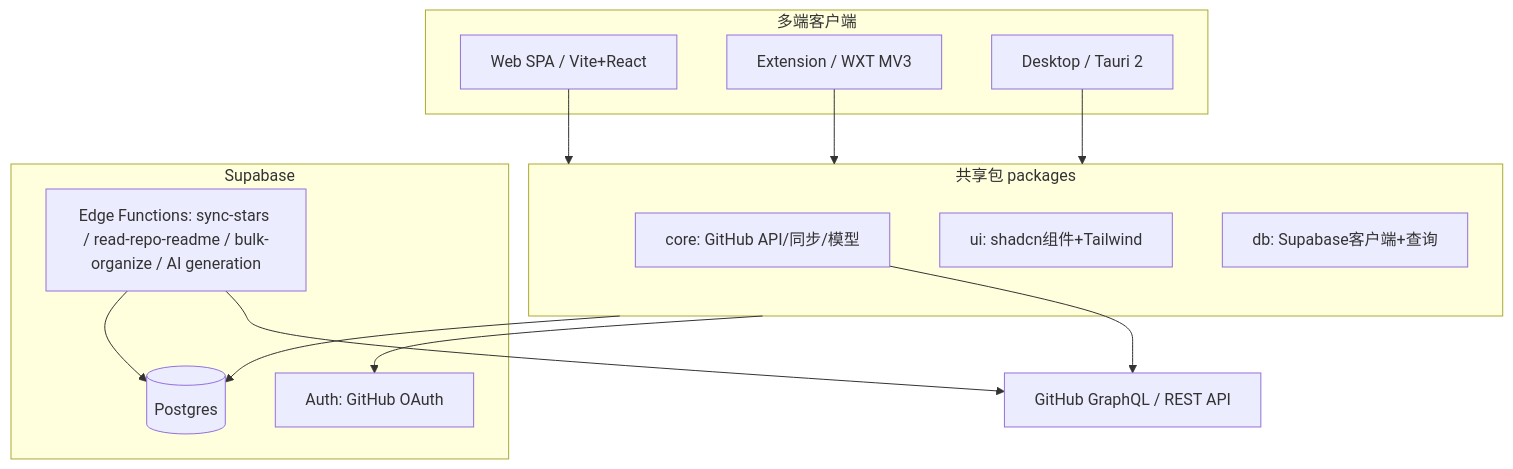
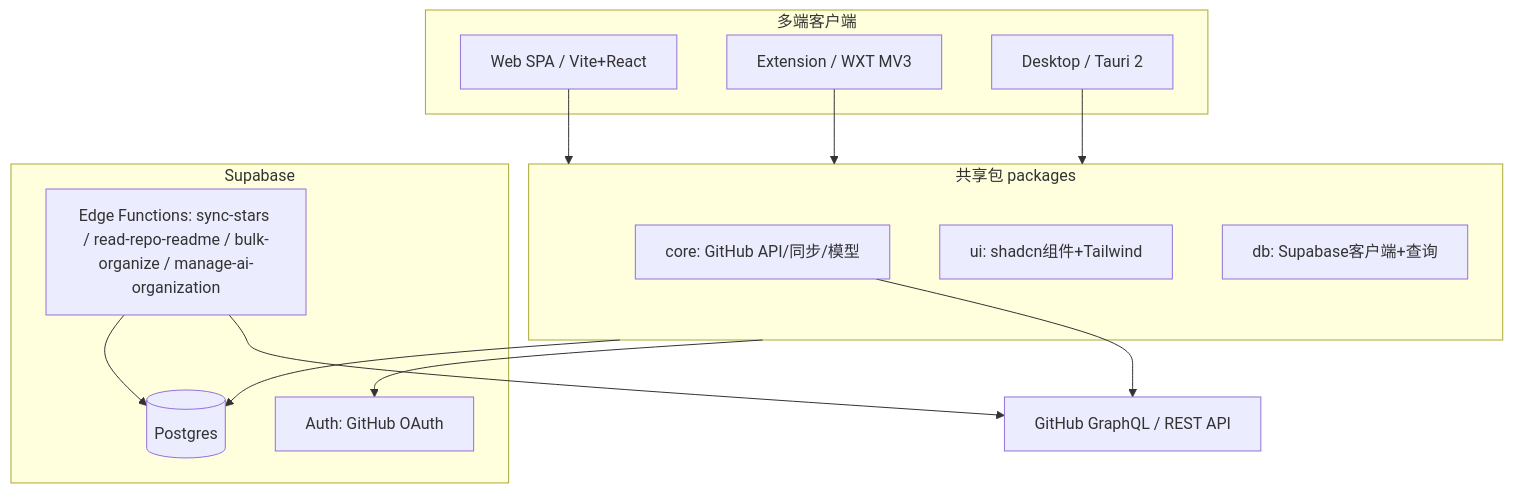
One commit to Mournerliao/asterism changed the first of 2 diagrams in knowledge/contracts/architecture.md. Above: the diagram before and after it, drawn with Mermaid. The commit also changed other lines of this file and 32 other files, not shown here.

````diff
--- a/knowledge/contracts/architecture.md
+++ b/knowledge/contracts/architecture.md
@@ -9,28 +9,28 @@
 ```mermaid
 flowchart TD
   subgraph clients [多端客户端]
     web[Web SPA / Vite+React]
     ext[Extension / WXT MV3]
     desktop[Desktop / Tauri 2]
   end
   subgraph shared [共享包 packages]
     core[core: GitHub API/同步/模型]
     ui[ui: shadcn组件+Tailwind]
     db[db: Supabase客户端+查询]
   end
   subgraph supabase [Supabase]
     auth[Auth: GitHub OAuth]
     pg[(Postgres)]
-    fn[Edge Functions: sync-stars / read-repo-readme / bulk-organize / AI generation]
+    fn[Edge Functions: sync-stars / read-repo-readme / bulk-organize / manage-ai-organization]
   end
   gh[GitHub GraphQL / REST API]
 
   web --> shared
   ext --> shared
   desktop --> shared
   shared --> auth
   shared --> pg
   core --> gh
   fn --> gh
   fn --> pg
 ```
````
